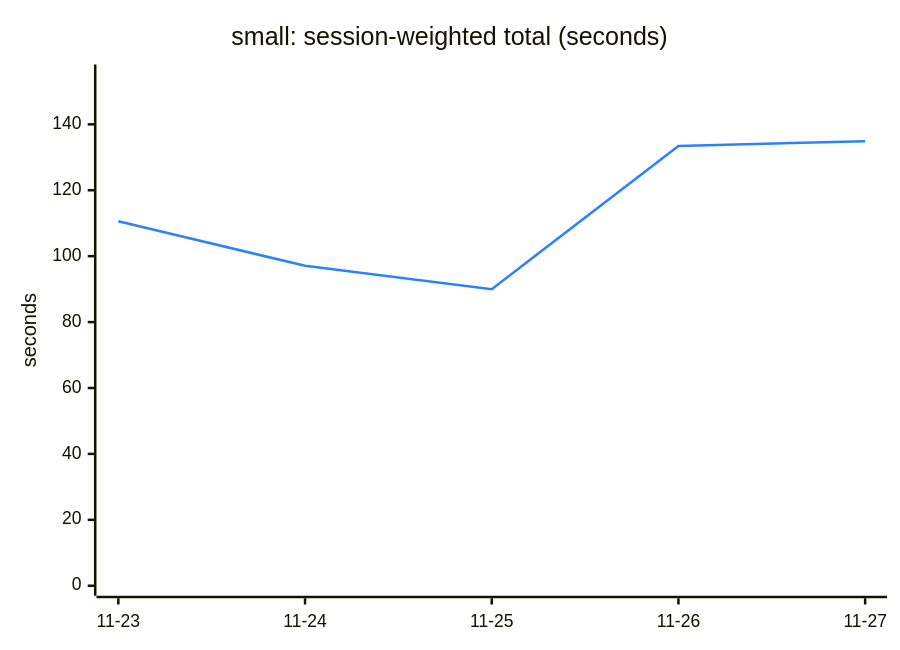
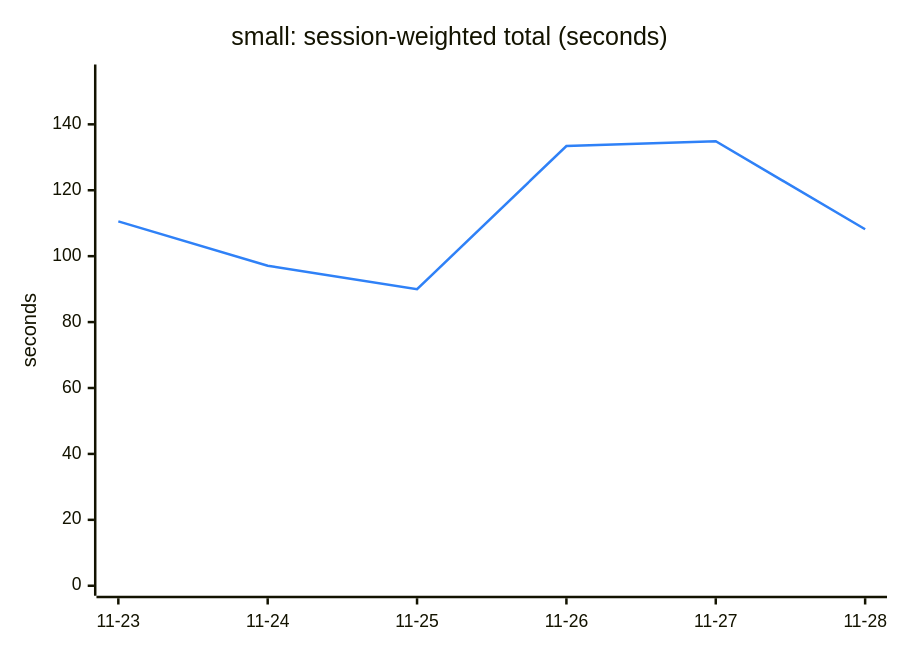
Before and after one commit to engalar/mxcli: the first of 6 diagrams in TREND.md, drawn with Mermaid. The commit also changed other lines of this file and 2 other files, not shown here.

````diff
--- a/TREND.md
+++ b/TREND.md
@@ -13,13 +13,13 @@
 ```mermaid
 ---
 config:
   themeVariables:
     xyChart:
       plotColorPalette: "#2f81f7"
 ---
 xychart-beta
     title "small: session-weighted total (seconds)"
-    x-axis ["11-23", "11-24", "11-25", "11-26", "11-27"]
+    x-axis ["11-23", "11-24", "11-25", "11-26", "11-27", "11-28"]
     y-axis "seconds" 0 --> 155.12
-    line [110.57, 97.08, 89.97, 133.42, 134.88]
+    line [110.57, 97.08, 89.97, 133.42, 134.88, 108.16]
 ```
````
